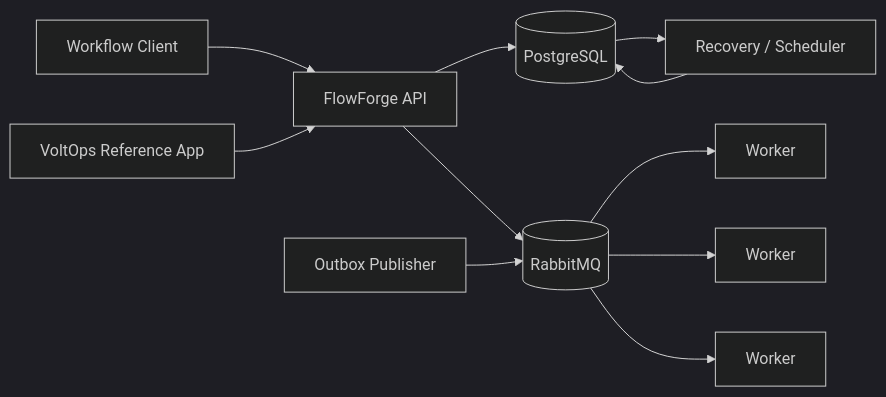
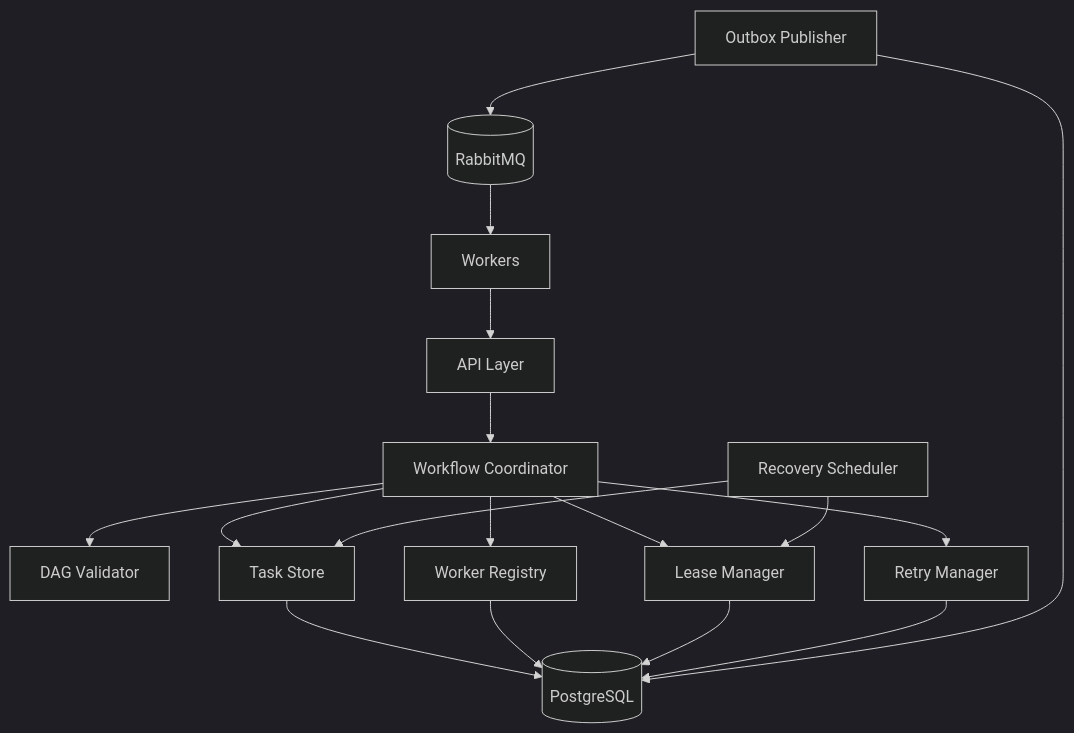
The second of 2 diagrams in docs/02-architecture-proposal.md (ashish-2141/flowforge-engine), drawn with Mermaid (dark theme) before and after one commit. The commit also changed other lines of this file, not shown here.

Commit message:
docs: strengthen architecture proposal

````diff
--- a/docs/02-architecture-proposal.md
+++ b/docs/02-architecture-proposal.md
@@ -5,13 +38,32 @@
 ```mermaid
-flowchart LR
-    Client[Workflow Client] --> API[FlowForge API]
-    API --> DB[(PostgreSQL)]
-    API --> Broker[(RabbitMQ)]
-    Broker --> W1[Worker]
-    Broker --> W2[Worker]
-    Broker --> W3[Worker]
-    DB --> Recovery[Recovery / Scheduler]
-    Events[Outbox Publisher] --> Broker
-    Recovery --> DB
-    VoltOps[VoltOps Reference App] --> API
+flowchart TB
+    API[API Layer]
+    Coordinator[Workflow Coordinator]
+    Validator[DAG Validator]
+    TaskStore[Task Store]
+    WorkerRegistry[Worker Registry]
+    LeaseManager[Lease Manager]
+    RetryManager[Retry Manager]
+    Recovery[Recovery Scheduler]
+    Outbox[Outbox Publisher]
+    DB[(PostgreSQL)]
+    Broker[(RabbitMQ)]
+    Workers[Workers]
+
+    API --> Coordinator
+    Coordinator --> Validator
+    Coordinator --> TaskStore
+    TaskStore --> DB
+    Coordinator --> WorkerRegistry
+    WorkerRegistry --> DB
+    Coordinator --> LeaseManager
+    LeaseManager --> DB
+    Coordinator --> RetryManager
+    RetryManager --> DB
+    Recovery --> TaskStore
+    Recovery --> LeaseManager
+    Outbox --> DB
+    Outbox --> Broker
+    Workers --> API
+    Broker --> Workers
 ```
````
